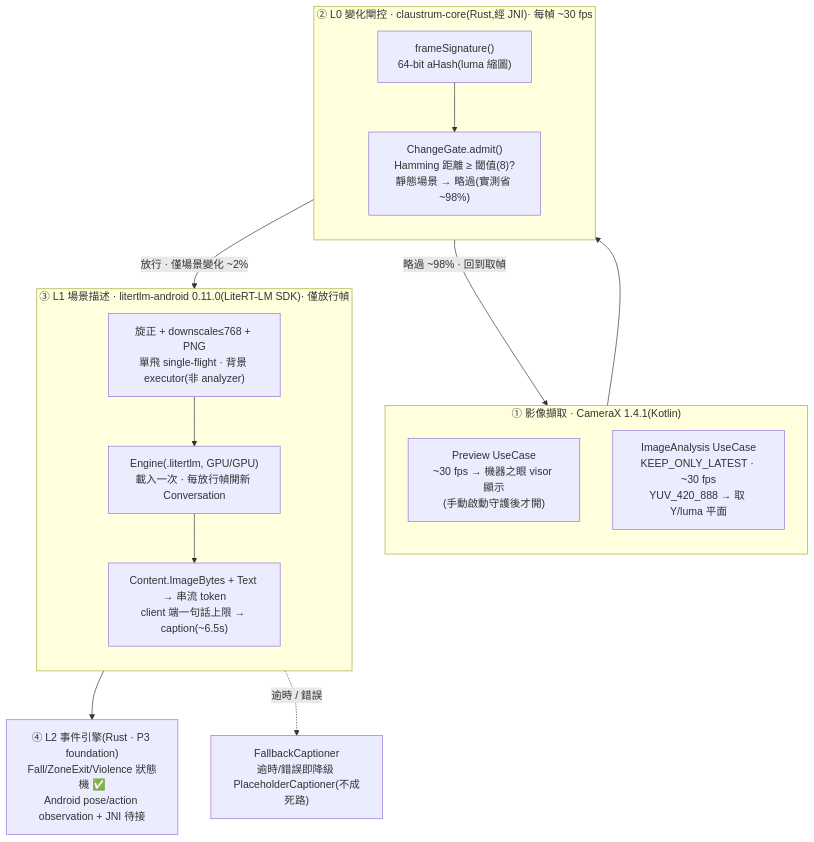
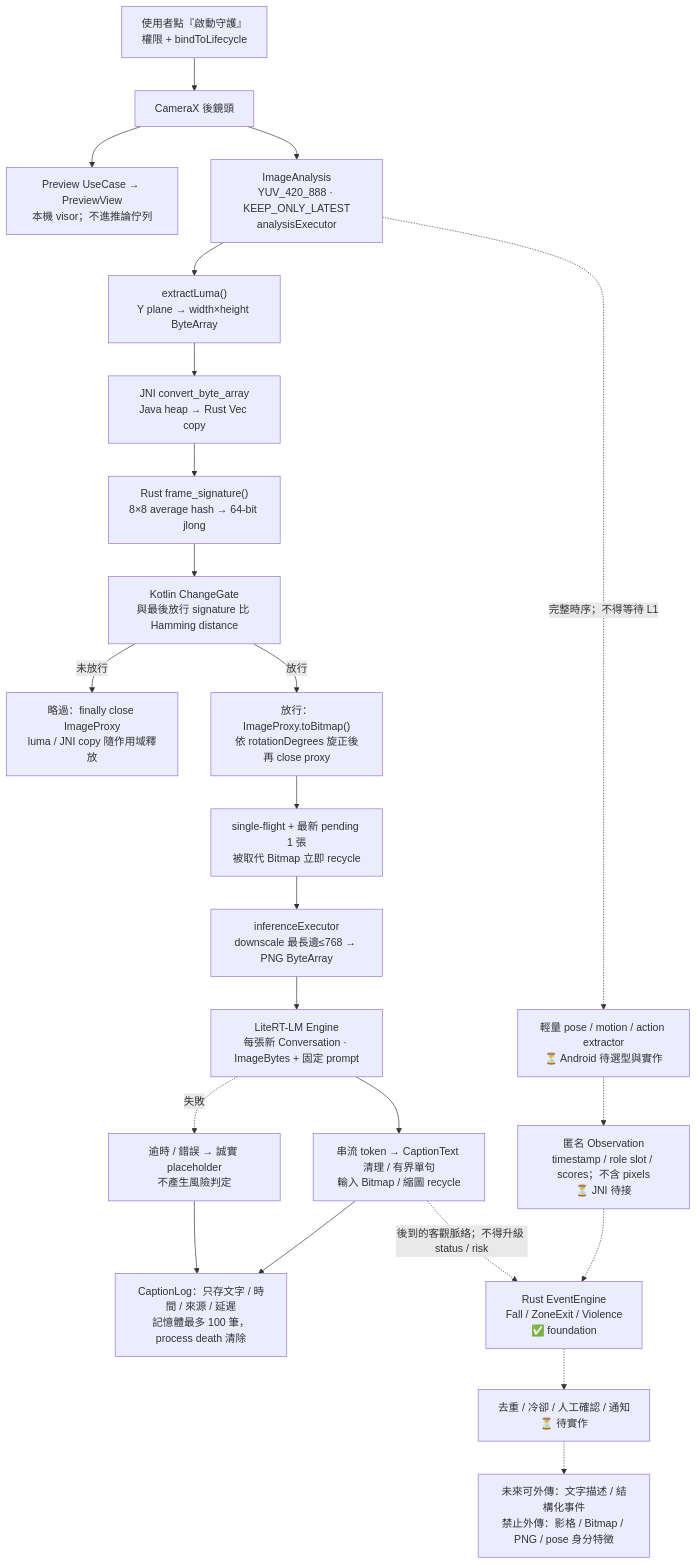
The third of 3 diagrams in README.md (TingFengChou/claustrum), drawn with Mermaid before and after one commit. The commit also changed other lines of this file and 17 other files, not shown here.

````diff
--- a/README.md
+++ b/README.md
@@ -190,33 +208,34 @@
 ```mermaid
 flowchart TB
-  subgraph CAP["① 影像擷取 · CameraX 1.4.1(Kotlin)"]
-    direction TB
-    PV["Preview UseCase<br/>~30 fps → 機器之眼 visor 顯示<br/>(手動啟動守護後才開)"]
-    IA["ImageAnalysis UseCase<br/>KEEP_ONLY_LATEST · ~30 fps<br/>YUV_420_888 → 取 Y/luma 平面"]
-  end
+  START["使用者點『啟動守護』<br/>權限 + bindToLifecycle"]
+  CAMERA["CameraX 後鏡頭"]
+  PREVIEW["Preview UseCase → PreviewView<br/>本機 visor；不進推論佇列"]
+  ANALYSIS["ImageAnalysis<br/>YUV_420_888 · KEEP_ONLY_LATEST<br/>analysisExecutor"]
+  LUMA["extractLuma()<br/>Y plane → width×height ByteArray"]
+  JNI["JNI convert_byte_array<br/>Java heap → Rust Vec copy"]
+  HASH["Rust frame_signature()<br/>8×8 average hash → 64-bit jlong"]
+  GATE["Kotlin ChangeGate<br/>與最後放行 signature 比 Hamming distance"]
+  CLOSE["略過：finally close ImageProxy<br/>luma / JNI copy 隨作用域釋放"]
+  COPY["放行：ImageProxy.toBitmap()<br/>依 rotationDegrees 旋正後再 close proxy"]
+  QUEUE["single-flight + 最新 pending 1 張<br/>被取代 Bitmap 立即 recycle"]
+  PREP["inferenceExecutor<br/>downscale 最長邊≤768 → PNG ByteArray"]
+  ENGINE["LiteRT-LM Engine<br/>每張新 Conversation · ImageBytes + 固定 prompt"]
+  TEXT["串流 token → CaptionText 清理 / 有界單句<br/>輸入 Bitmap / 縮圖 recycle"]
+  LOG["CaptionLog：只存文字 / 時間 / 來源 / 延遲<br/>記憶體最多 100 筆，process death 清除"]
+  FALLBACK["逾時 / 錯誤 → 誠實 placeholder<br/>不產生風險判定"]
+  EXTRACTOR["輕量 pose / motion / action extractor<br/>⏳ Android 待選型與實作"]
+  OBS["匿名 Observation<br/>timestamp / role slot / scores；不含 pixels<br/>⏳ JNI 待接"]
+  L2["Rust EventEngine<br/>Fall / ZoneExit / Violence<br/>✅ foundation"]
+  POLICY["去重 / 冷卻 / 人工確認 / 通知<br/>⏳ 待實作"]
+  ALLOWED["未來可外傳：文字描述 / 結構化事件<br/>禁止外傳：影格 / Bitmap / PNG / pose 身分特徵"]
 
-  subgraph L0["② L0 變化閘控 · claustrum-core(Rust,經 JNI)· 每幀 ~30 fps"]
-    direction TB
-    SIG["frameSignature()<br/>64-bit aHash(luma 縮圖)"]
-    GATE["ChangeGate.admit()<br/>Hamming 距離 ≥ 閾值(8)?<br/>靜態場景 → 略過(實測省 ~98%)"]
-  end
-
-  subgraph L1["③ L1 場景描述 · litertlm-android 0.11.0(LiteRT-LM SDK)· 僅放行幀"]
-    direction TB
-    PREP["旋正 + downscale≤768 + PNG<br/>單飛 single-flight · 背景 executor(非 analyzer)"]
-    ENG["Engine(.litertlm, GPU/GPU)<br/>載入一次 · 每放行幀開新 Conversation"]
-    GEN["Content.ImageBytes + Text → 串流 token<br/>client 端一句話上限 → caption(~6.5s)"]
-  end
-
-  FB["FallbackCaptioner<br/>逾時/錯誤即降級 PlaceholderCaptioner(不成死路)"]
-  L2["④ L2 事件引擎(Rust · P3 foundation)<br/>Fall/ZoneExit/Violence 狀態機 ✅<br/>Android pose/action observation + JNI 待接"]
-
-  IA --> SIG
-  SIG --> GATE
-  GATE -->|"放行 · 僅場景變化 ~2%"| PREP
-  GATE -->|"略過 ~98% · 回到取幀"| IA
-  PREP --> ENG
-  ENG --> GEN
-  GEN --> L2
-  GEN -.->|"逾時 / 錯誤"| FB
+  START --> CAMERA
+  CAMERA --> PREVIEW
+  CAMERA --> ANALYSIS --> LUMA --> JNI --> HASH --> GATE
+  GATE -->|"未放行"| CLOSE
+  GATE -->|"放行"| COPY --> QUEUE --> PREP --> ENGINE --> TEXT --> LOG
+  ENGINE -.->|"失敗"| FALLBACK --> LOG
+  ANALYSIS -.->|"完整時序；不得等待 L1"| EXTRACTOR
+  EXTRACTOR -.-> OBS -.-> L2 -.-> POLICY -.-> ALLOWED
+  TEXT -.->|"後到的客觀脈絡；不得升級 status / risk"| L2
 ```
````
